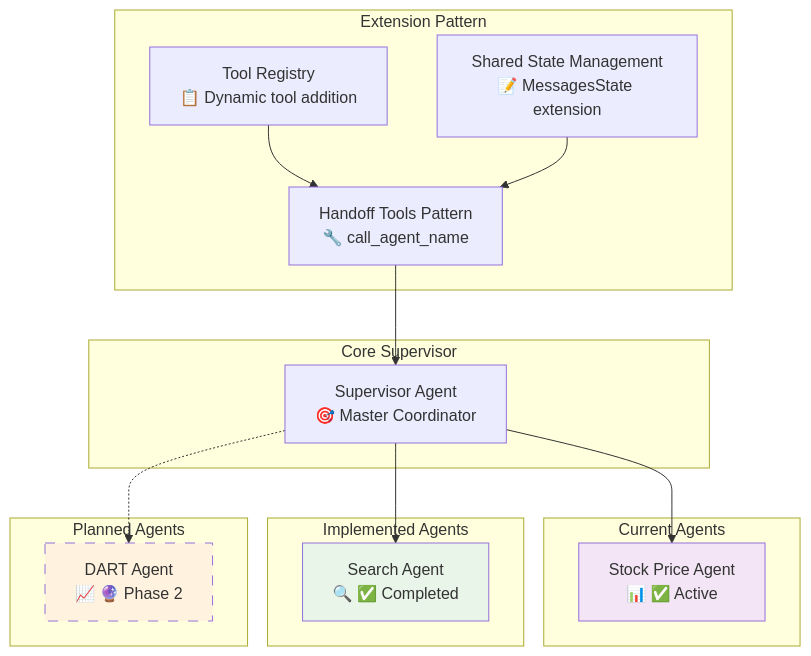
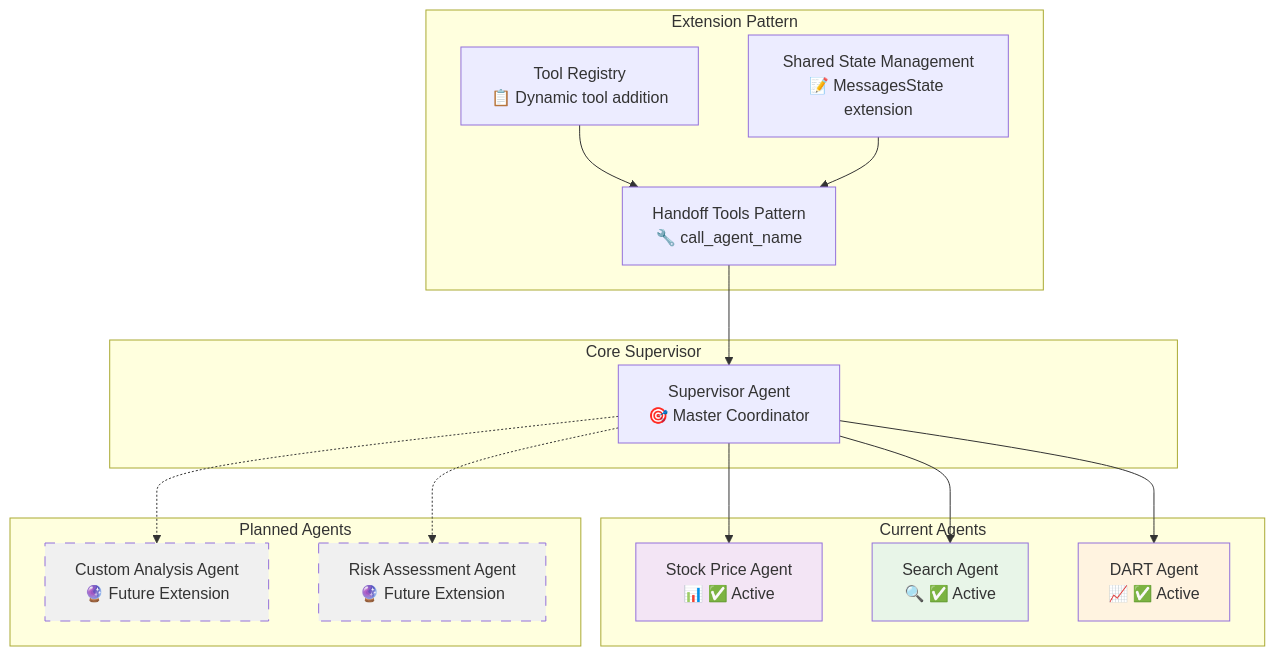
One commit to yuujinnn/Stockreport-reader changed diagram 21 of 21 in backend/MULTI_AGENT_SYSTEM_DOCUMENTATION.md. Above: the diagram before and after it, drawn with Mermaid. The commit also changed other lines of this file and 5 other files, not shown here.

````diff
--- a/backend/MULTI_AGENT_SYSTEM_DOCUMENTATION.md
+++ b/backend/MULTI_AGENT_SYSTEM_DOCUMENTATION.md
@@ -741,37 +1221,40 @@
 ```mermaid
 graph TB
     subgraph "Core Supervisor"
         Supervisor[Supervisor Agent<br/>🎯 Master Coordinator]
     end
     
     subgraph "Current Agents"
         StockAgent[Stock Price Agent<br/>📊 ✅ Active]
-    end
-    
-    subgraph "Implemented Agents"
-        SearchAgent[Search Agent<br/>🔍 ✅ Completed]
+        SearchAgent[Search Agent<br/>🔍 ✅ Active]
+        DARTAgent[DART Agent<br/>📈 ✅ Active]
     end
     
     subgraph "Planned Agents"
-        DARTAgent[DART Agent<br/>📈 🔮 Phase 2]
+        FutureAgent1[Custom Analysis Agent<br/>🔮 Future Extension]
+        FutureAgent2[Risk Assessment Agent<br/>🔮 Future Extension]
     end
     
     subgraph "Extension Pattern"
         HandoffTools[Handoff Tools Pattern<br/>🔧 call_agent_name]
         ToolRegistry[Tool Registry<br/>📋 Dynamic tool addition]
         StateManagement[Shared State Management<br/>📝 MessagesState extension]
     end
     
     Supervisor --> StockAgent
     Supervisor --> SearchAgent
-    Supervisor -.-> DARTAgent
+    Supervisor --> DARTAgent
+    Supervisor -.-> FutureAgent1
+    Supervisor -.-> FutureAgent2
     
     HandoffTools --> Supervisor
     ToolRegistry --> HandoffTools
     StateManagement --> HandoffTools
     
     style StockAgent fill:#f3e5f5
     style SearchAgent fill:#e8f5e8
-    style DARTAgent fill:#fff3e0,stroke-dasharray: 10 10
+    style DARTAgent fill:#fff3e0
+    style FutureAgent1 fill:#f0f0f0,stroke-dasharray: 10 10
+    style FutureAgent2 fill:#f0f0f0,stroke-dasharray: 10 10
 
 ```
````
